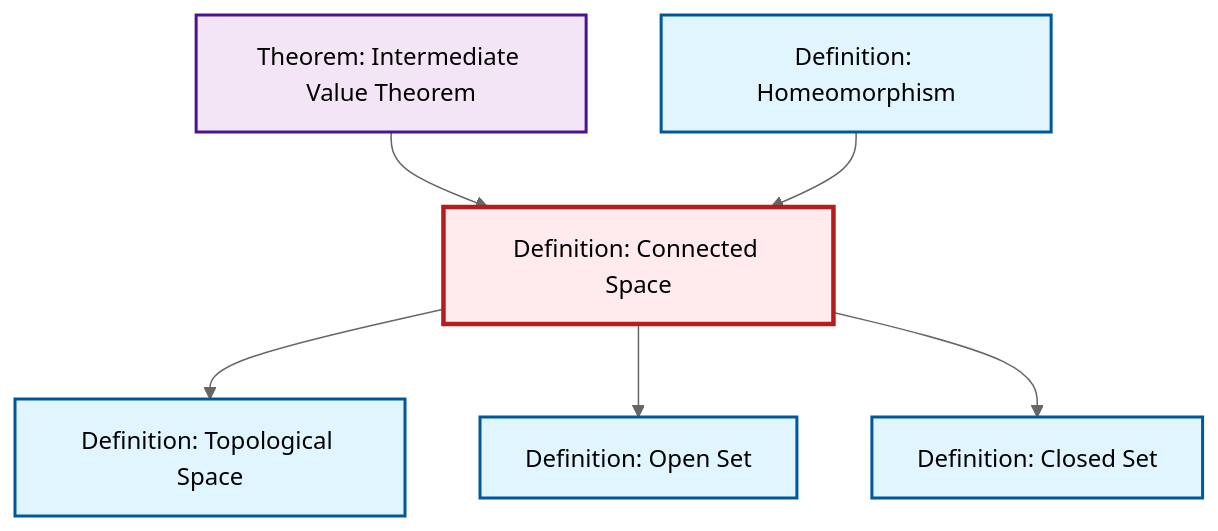
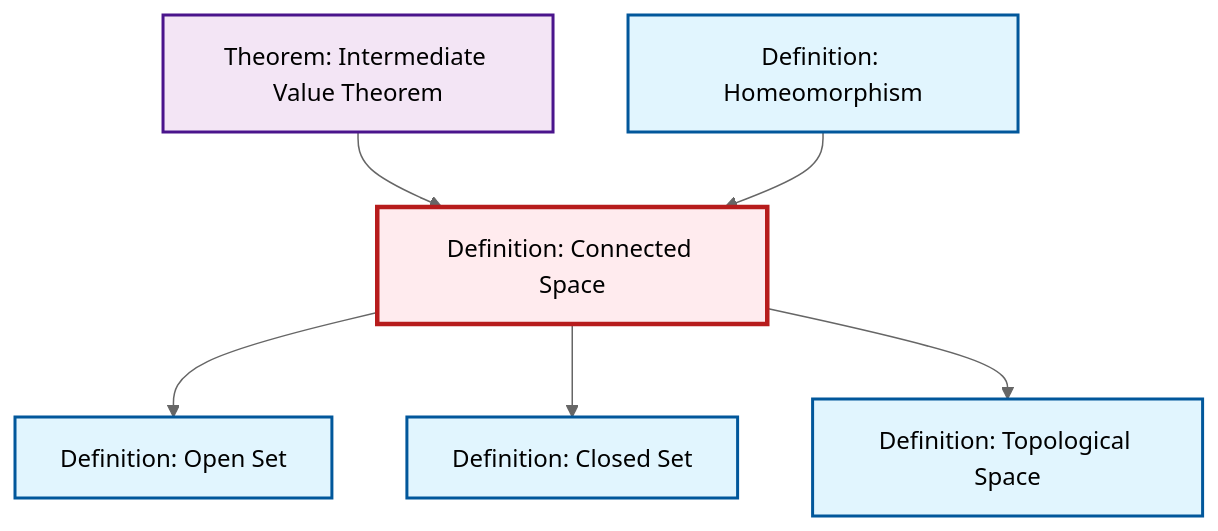
The diagram in content/ja/topology/def-connected.qmd (RK0429/ModernMath), drawn with Mermaid (neutral theme) before and after one commit. The commit also changed other lines of this file and 554 other files, not shown here.

````diff
--- a/content/ja/topology/def-connected.qmd
+++ b/content/ja/topology/def-connected.qmd
@@ -50,26 +50,26 @@
 ```{mermaid}
 %%| fig-cap: "Local dependency graph"
 graph TD
     classDef definition fill:#e1f5fe,stroke:#01579b,stroke-width:2px
     classDef theorem fill:#f3e5f5,stroke:#4a148c,stroke-width:2px
     classDef axiom fill:#fff3e0,stroke:#e65100,stroke-width:2px
     classDef example fill:#e8f5e9,stroke:#1b5e20,stroke-width:2px
     classDef current fill:#ffebee,stroke:#b71c1c,stroke-width:3px
+    def-connected["Definition: Connected Space"]:::definition
+    def-open-set["Definition: Open Set"]:::definition
+    def-closed-set["Definition: Closed Set"]:::definition
+    def-topological-space["Definition: Topological Space"]:::definition
+    thm-intermediate-value["Theorem: Intermediate Value Theorem"]:::theorem
     def-homeomorphism["Definition: Homeomorphism"]:::definition
-    def-topological-space["Definition: Topological Space"]:::definition
-    def-closed-set["Definition: Closed Set"]:::definition
-    def-open-set["Definition: Open Set"]:::definition
-    def-connected["Definition: Connected Space"]:::definition
-    thm-intermediate-value["Theorem: Intermediate Value Theorem"]:::theorem
-    def-connected --> def-topological-space
+    def-connected --> def-open-set
     thm-intermediate-value --> def-connected
-    def-connected --> def-open-set
     def-homeomorphism --> def-connected
     def-connected --> def-closed-set
+    def-connected --> def-topological-space
     class def-connected current
+    click def-open-set "def-open-set.html" "Definition: Open Setへ"
+    click def-closed-set "def-closed-set.html" "Definition: Closed Setへ"
+    click def-topological-space "def-topological-space.html" "Definition: Topological Spaceへ"
+    click thm-intermediate-value "thm-intermediate-value.html" "Theorem: Intermediate Value Theoremへ"
     click def-homeomorphism "def-homeomorphism.html" "Definition: Homeomorphismへ"
-    click def-topological-space "def-topological-space.html" "Definition: Topological Spaceへ"
-    click def-closed-set "def-closed-set.html" "Definition: Closed Setへ"
-    click def-open-set "def-open-set.html" "Definition: Open Setへ"
-    click thm-intermediate-value "thm-intermediate-value.html" "Theorem: Intermediate Value Theoremへ"
 ```
````
